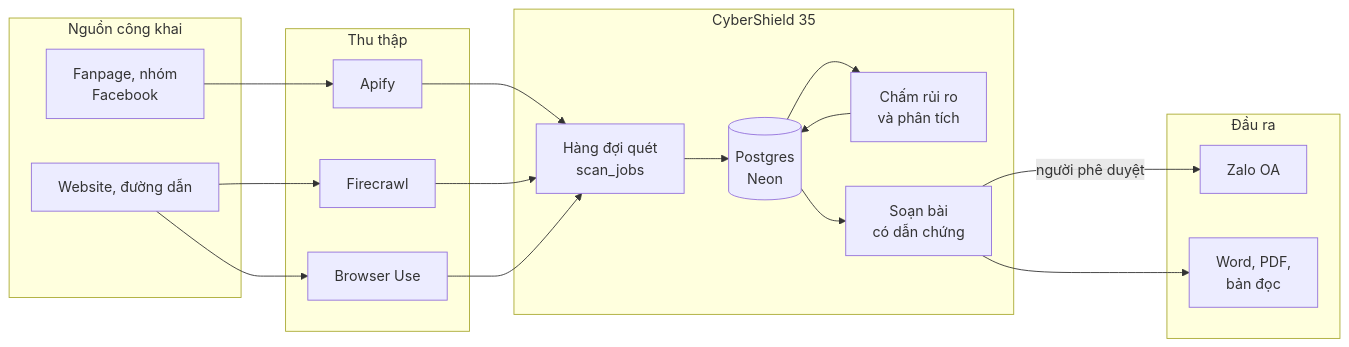
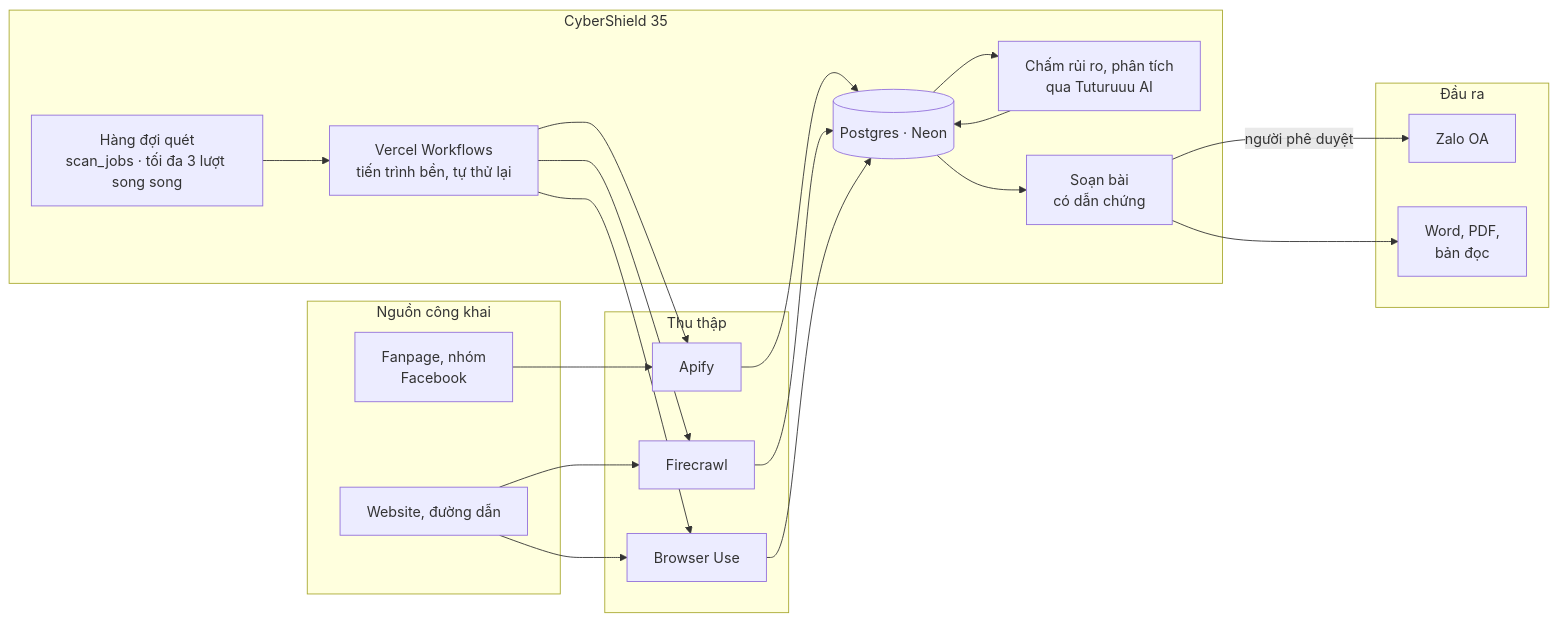
The first of 18 diagrams in README.md (tutur3u/cybershield35), drawn with Mermaid before and after one commit. The commit also changed other lines of this file, not shown here.

````diff
--- a/README.md
+++ b/README.md
@@ -44,38 +47,42 @@
 ```mermaid
 flowchart LR
     subgraph src["Nguồn công khai"]
         FB["Fanpage, nhóm<br/>Facebook"]
         WEB["Website, đường dẫn"]
     end
 
     subgraph collect["Thu thập"]
         APIFY["Apify"]
         FIRE["Firecrawl"]
         BU["Browser Use"]
     end
 
     subgraph core["CyberShield 35"]
-        QUEUE["Hàng đợi quét<br/>scan_jobs"]
-        DB[("Postgres<br/>Neon")]
-        LLM["Chấm rủi ro<br/>và phân tích"]
+        QUEUE["Hàng đợi quét<br/>scan_jobs · tối đa 3 lượt song song"]
+        WF["Vercel Workflows<br/>tiến trình bền, tự thử lại"]
+        DB[("Postgres · Neon")]
+        LLM["Chấm rủi ro, phân tích<br/>qua Tuturuuu AI"]
         EDITOR["Soạn bài<br/>có dẫn chứng"]
     end
 
     subgraph out["Đầu ra"]
         ZALO["Zalo OA"]
         FILES["Word, PDF,<br/>bản đọc"]
     end
 
     FB --> APIFY
     WEB --> FIRE
     WEB --> BU
-    APIFY --> QUEUE
-    FIRE --> QUEUE
-    BU --> QUEUE
-    QUEUE --> DB
+    QUEUE --> WF
+    WF --> APIFY
+    WF --> FIRE
+    WF --> BU
+    APIFY --> DB
+    FIRE --> DB
+    BU --> DB
     DB --> LLM
     LLM --> DB
     DB --> EDITOR
     EDITOR -->|"người phê duyệt"| ZALO
     EDITOR --> FILES
 ```
````
